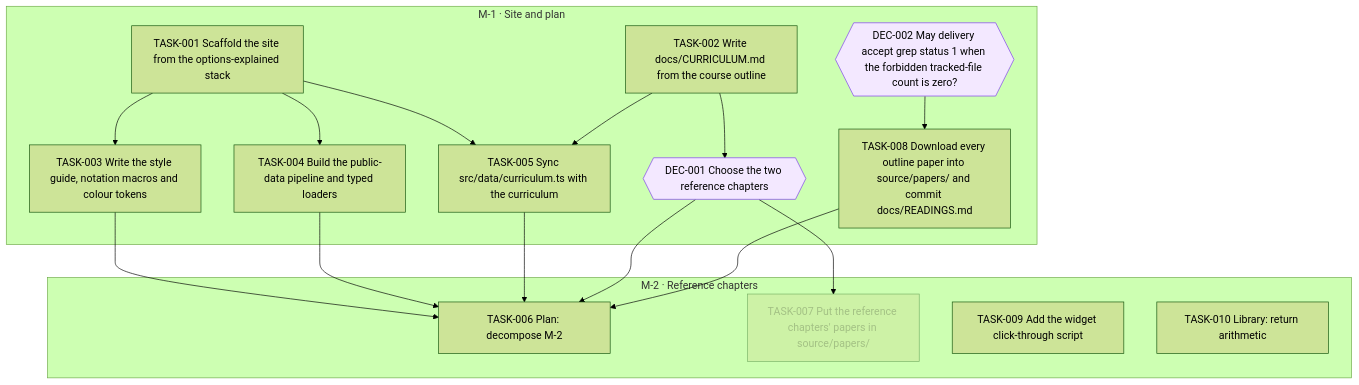
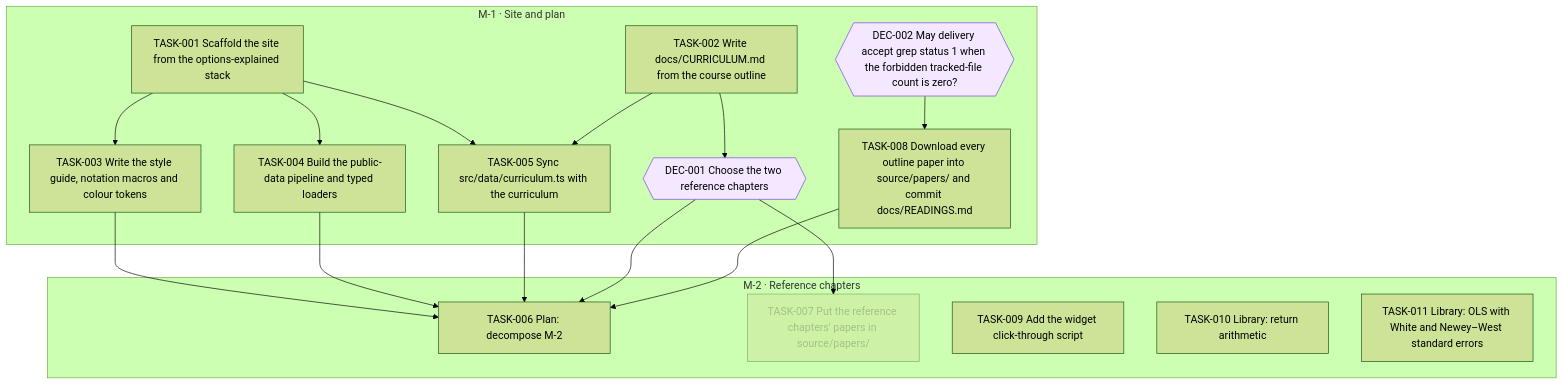
The diagram in goals/course-site/README.md (all-explained/empirical-finance-lbs), drawn with Mermaid (forest theme) before and after one commit. The commit also changed 1 other file, not shown here.

Commit message:
goal(course-site): add TASK-011 Library: OLS with White and Newey–West standard errors

````diff
--- a/goals/course-site/README.md
+++ b/goals/course-site/README.md
@@ -39,37 +39,38 @@
 ```mermaid
 flowchart TD
   subgraph M_1["M-1 · Site and plan"]
     DEC_001{{"DEC-001 Choose the two reference chapters"}}
     DEC_002{{"DEC-002 May delivery accept grep status 1 when the forbidden tracked-file count is zero?"}}
     TASK_001["TASK-001 Scaffold the site from the options-explained stack"]
     TASK_002["TASK-002 Write docs/CURRICULUM.md from the course outline"]
     TASK_003["TASK-003 Write the style guide, notation macros and colour tokens"]
     TASK_004["TASK-004 Build the public-data pipeline and typed loaders"]
     TASK_005["TASK-005 Sync src/data/curriculum.ts with the curriculum"]
     TASK_008["TASK-008 Download every outline paper into source/papers/ and commit docs/READINGS.md"]
   end
   subgraph M_2["M-2 · Reference chapters"]
     TASK_006["TASK-006 Plan: decompose M-2"]
     TASK_007["TASK-007 Put the reference chapters' papers in source/papers/"]
     TASK_009["TASK-009 Add the widget click-through script"]
     TASK_010["TASK-010 Library: return arithmetic"]
+    TASK_011["TASK-011 Library: OLS with White and Newey–West standard errors"]
   end
   TASK_002 --> DEC_001
   TASK_001 --> TASK_003
   TASK_001 --> TASK_004
   TASK_001 --> TASK_005
   TASK_002 --> TASK_005
   TASK_003 --> TASK_006
   TASK_004 --> TASK_006
   TASK_005 --> TASK_006
   DEC_001 --> TASK_006
   TASK_008 --> TASK_006
   DEC_001 --> TASK_007
   DEC_002 --> TASK_008
   classDef draft stroke-dasharray: 4 3
   classDef cancelled opacity:0.45
   classDef decision fill:#f3e8ff,stroke:#7c3aed
   class TASK_007 cancelled
   class DEC_001 decision
   class DEC_002 decision
 ```
````
